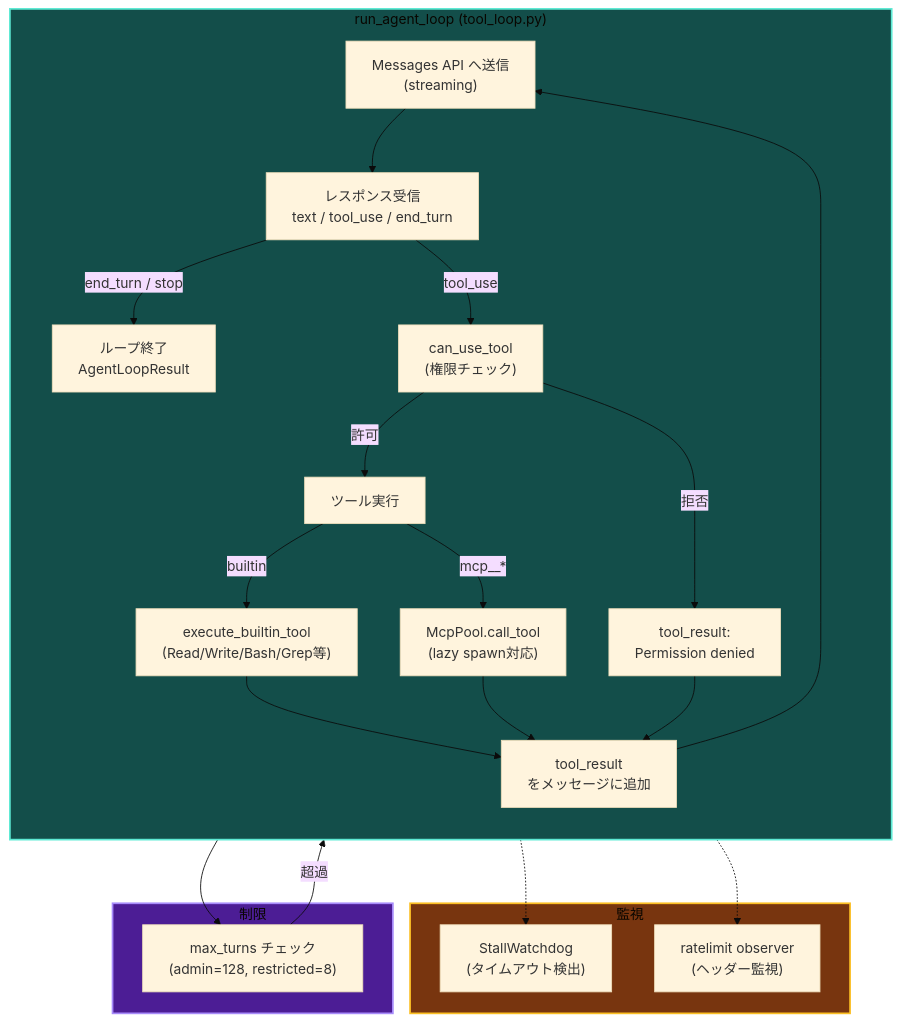
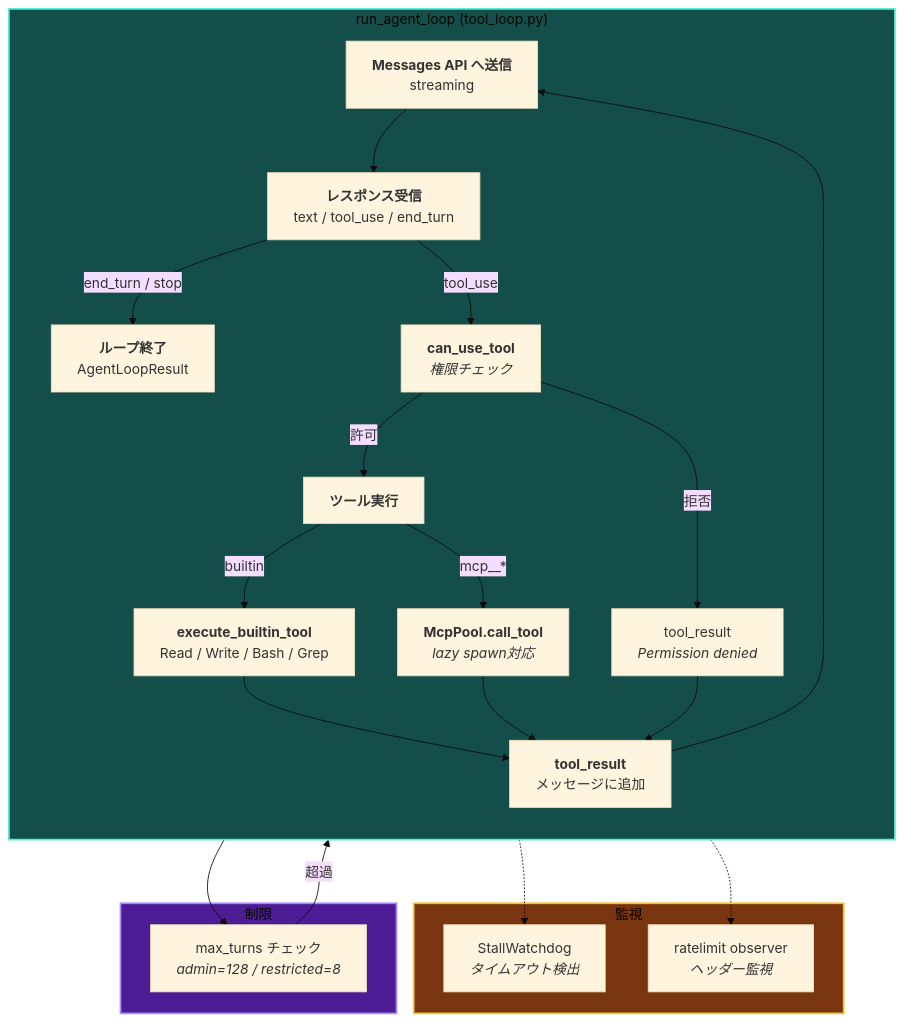
The fourth of 6 diagrams in content/products/discord-bot.md (haroin57/haroin57.com), drawn with Mermaid (base theme) before and after one commit. The commit also changed other lines of this file, not shown here.

First line of the commit message:
fix: Mermaid図の改行修正・Markdown装飾・見出し短縮

````diff
--- a/content/products/discord-bot.md
+++ b/content/products/discord-bot.md
@@ -668,43 +693,54 @@
 ```mermaid
 flowchart TB
     subgraph Loop["run_agent_loop (tool_loop.py)"]
         direction TB
-        SEND["Messages API へ送信\n(streaming)"]
-        RECV["レスポンス受信\ntext / tool_use / end_turn"]
+        SEND["`**Messages API へ送信**
+        streaming`"]
+        RECV["`**レスポンス受信**
+        text / tool_use / end_turn`"]
 
         SEND --> RECV
 
-        RECV -->|end_turn / stop| DONE["ループ終了\nAgentLoopResult"]
-        RECV -->|tool_use| GATE["can_use_tool\n(権限チェック)"]
+        RECV -->|end_turn / stop| DONE["`**ループ終了**
+        AgentLoopResult`"]
+        RECV -->|tool_use| GATE["`**can_use_tool**
+        *権限チェック*`"]
         
-        GATE -->|許可| EXEC["ツール実行"]
-        GATE -->|拒否| SKIP["tool_result:\nPermission denied"]
+        GATE -->|許可| EXEC["`**ツール実行**`"]
+        GATE -->|拒否| SKIP["`tool_result
+        *Permission denied*`"]
 
-        EXEC -->|builtin| BUILTIN["execute_builtin_tool\n(Read/Write/Bash/Grep等)"]
-        EXEC -->|mcp__*| MCPTOOL["McpPool.call_tool\n(lazy spawn対応)"]
+        EXEC -->|builtin| BUILTIN["`**execute_builtin_tool**
+        Read / Write / Bash / Grep`"]
+        EXEC -->|mcp__*| MCPTOOL["`**McpPool.call_tool**
+        *lazy spawn対応*`"]
 
-        BUILTIN --> RESULT["tool_result\nをメッセージに追加"]
+        BUILTIN --> RESULT["`**tool_result**
+        メッセージに追加`"]
         MCPTOOL --> RESULT
         SKIP --> RESULT
         RESULT --> SEND
     end
 
     subgraph Watch["監視"]
-        STALL["StallWatchdog\n(タイムアウト検出)"]
-        RL["ratelimit observer\n(ヘッダー監視)"]
+        STALL["`StallWatchdog
+        *タイムアウト検出*`"]
+        RL["`ratelimit observer
+        *ヘッダー監視*`"]
     end
 
     SEND -.-> STALL
     RECV -.-> RL
 
     subgraph Limits["制限"]
-        MAX["max_turns チェック\n(admin=128, restricted=8)"]
+        MAX["`max_turns チェック
+        *admin=128 / restricted=8*`"]
     end
 
     RESULT --> MAX
     MAX -->|超過| DONE
 
     style Loop fill:#134e4a,stroke:#5eead4,stroke-width:2px
     style Watch fill:#78350f,stroke:#fbbf24,stroke-width:2px
     style Limits fill:#4c1d95,stroke:#a78bfa,stroke-width:2px
 ```
````
